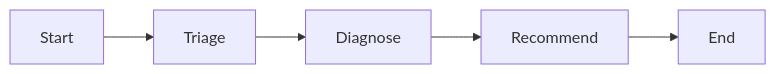
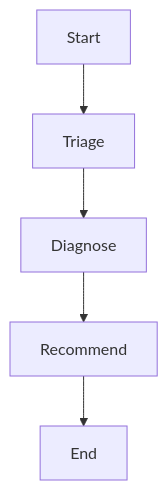
One commit to MLOps-Courses/agentops-open-course changed the diagram in docs/3. Capabilities/3.5. Workflows.md. Above: the diagram before and after it, drawn with Mermaid. The commit also changed 18 other files, not shown here.

````diff
--- a/docs/3. Capabilities/3.5. Workflows.md
+++ b/docs/3. Capabilities/3.5. Workflows.md
@@ -11,7 +11,7 @@
 ```mermaid
-flowchart LR
+flowchart TD
     Start --> Triage
     Triage --> Diagnose
     Diagnose --> Recommend
     Recommend --> End
 ```
````
